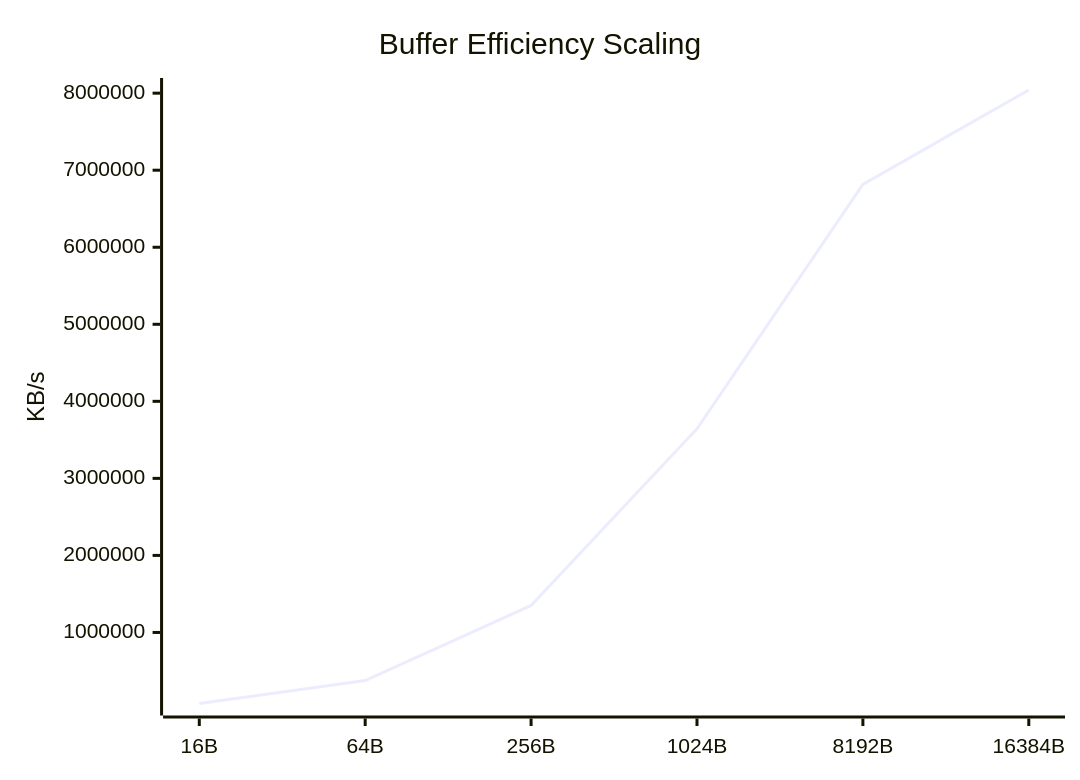
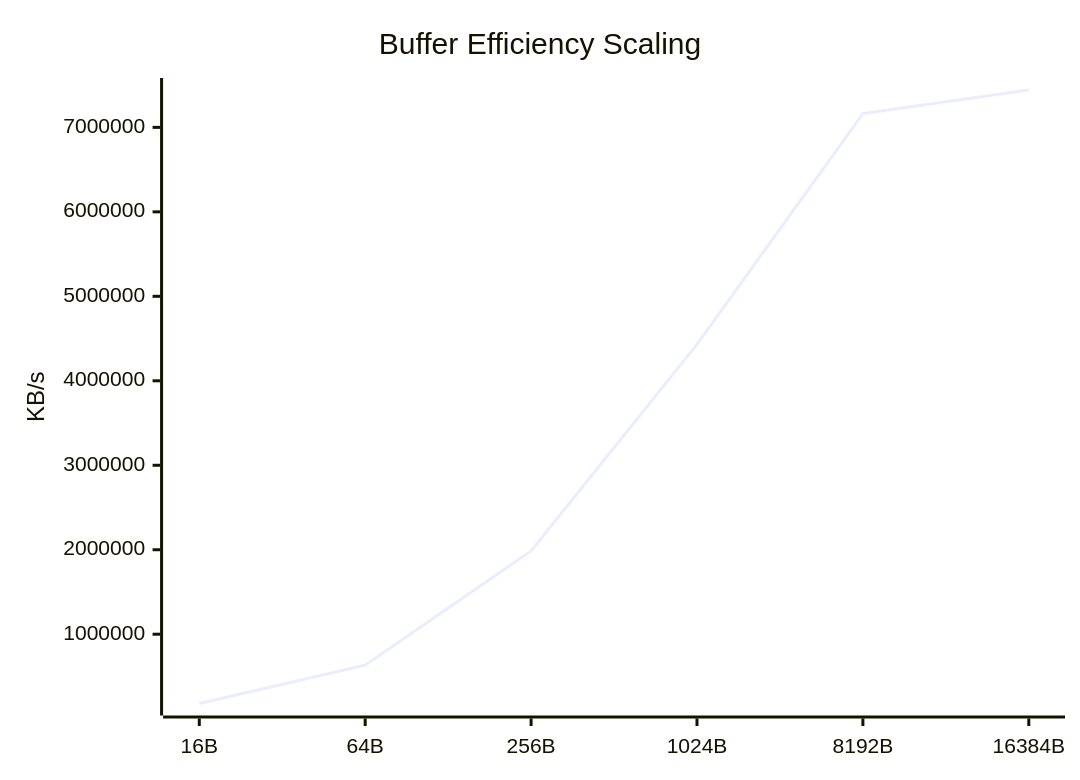
Before and after one commit to taha2samy/openssl_fips: the seventh of 9 diagrams in docs/Comparison_Report.md, drawn with Mermaid. The commit also changed other lines of this file and 2 other files, not shown here.

````diff
--- a/docs/Comparison_Report.md
+++ b/docs/Comparison_Report.md
@@ -151,7 +110,7 @@
 ```mermaid
 xychart-beta
     title "Buffer Efficiency Scaling"
     x-axis [16B, 64B, 256B, 1024B, 8192B, 16384B]
     y-axis "KB/s"
-    line [77853.04, 375361.72, 1350655.4, 3644351.36, 6815807.25, 8041111.38]
+    line [179869.16, 632995.65, 1985589.63, 4430852.1, 7162572.8, 7442366.46]
 ```
````
